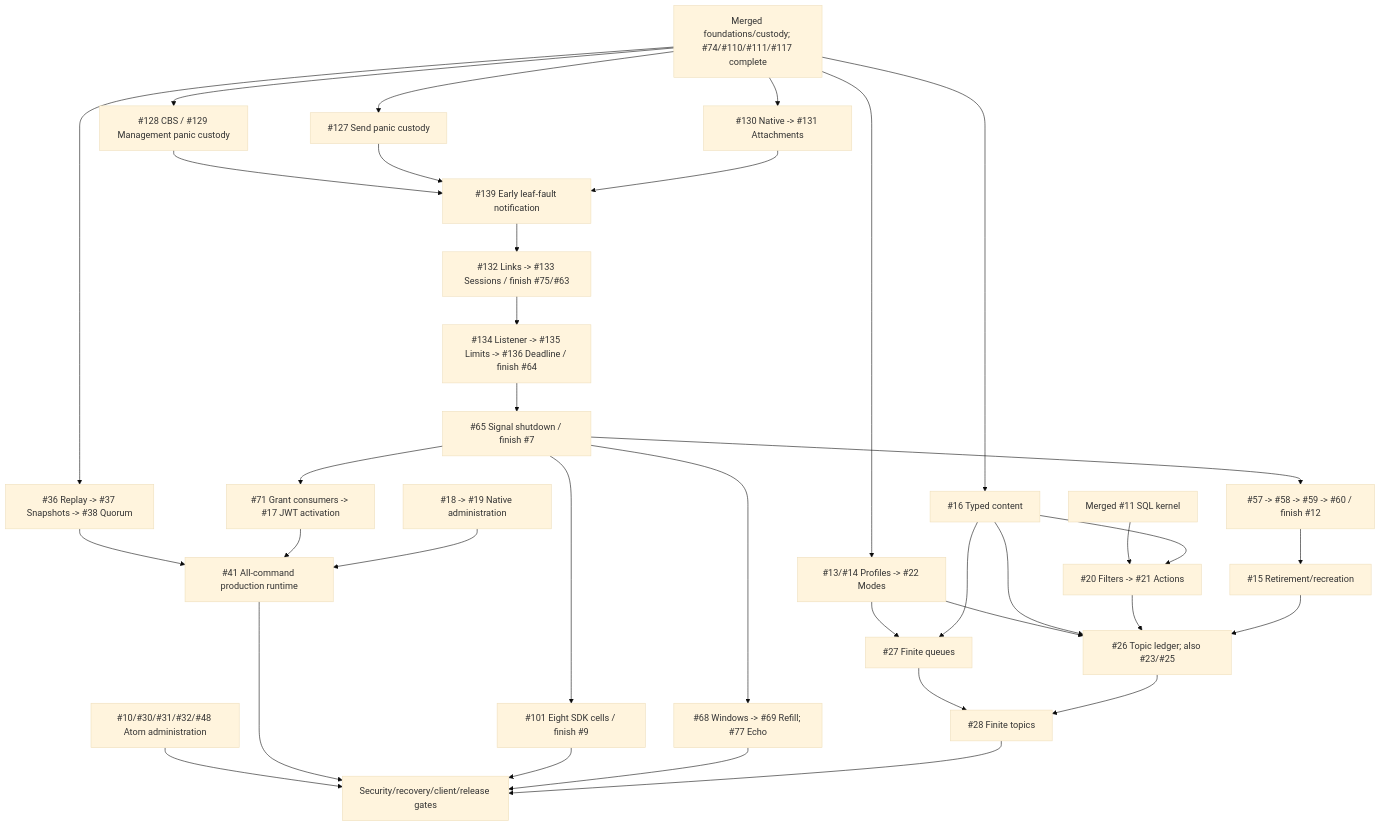
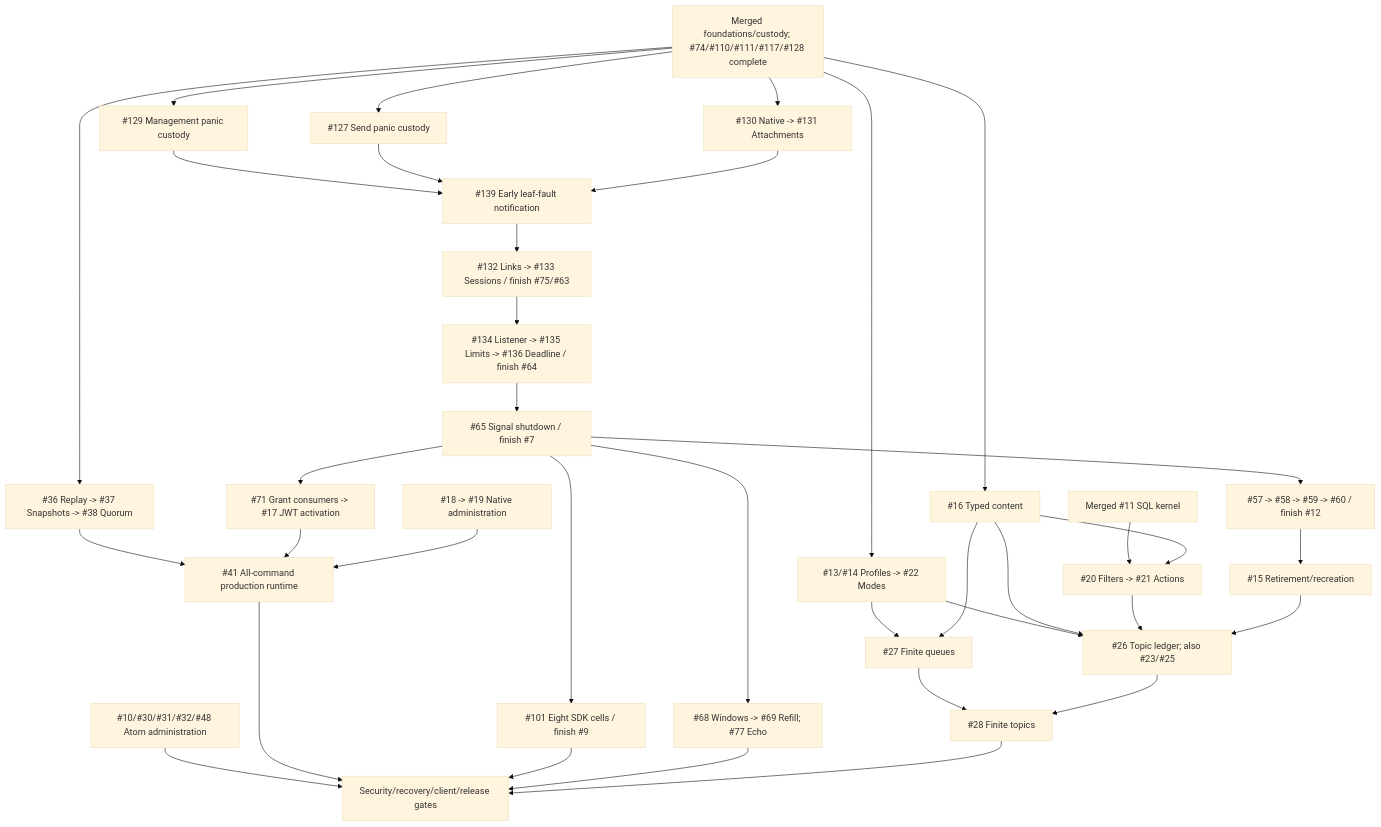
The diagram in docs/roadmap.md (DeandreT/switchyard), drawn with Mermaid (base theme) before and after one commit. The commit also changed other lines of this file and 6 other files, not shown here.

First line of the commit message:
fix(protocol-amqp): retain CBS custody across pump panics

````diff
--- a/docs/roadmap.md
+++ b/docs/roadmap.md
@@ -75,38 +76,38 @@
 ```mermaid
 flowchart TD
-    Main["Merged foundations/custody; #74/#110/#111/#117 complete"] --> Send["#127 Send panic custody"]
-    Main --> Leaves["#128 CBS / #129 Management panic custody"]
+    Main["Merged foundations/custody; #74/#110/#111/#117/#128 complete"] --> Send["#127 Send panic custody"]
+    Main --> Leaves["#129 Management panic custody"]
     Main --> Native["#130 Native -> #131 Attachments"]
     Leaves --> Fault["#139 Early leaf-fault notification"]
     Send --> Fault
     Native --> Fault
     Fault --> Trees["#132 Links -> #133 Sessions / finish #75/#63"]
     Trees --> Admission["#134 Listener -> #135 Limits -> #136 Deadline / finish #64"]
     Admission --> Signals["#65 Signal shutdown / finish #7"]
     Signals --> Authority["#57 -> #58 -> #59 -> #60 / finish #12"]
     Authority --> Delete["#15 Retirement/recreation"]
     Signals --> Grants["#71 Grant consumers -> #17 JWT activation"]
     Signals --> Matrix["#101 Eight SDK cells / finish #9"]
     Signals --> Windows["#68 Windows -> #69 Refill; #77 Echo"]
     Main --> Profiles["#13/#14 Profiles -> #22 Modes"]
     Main --> Content["#16 Typed content"]
     Kernel["Merged #11 SQL kernel"] --> Rules["#20 Filters -> #21 Actions"]
     Content --> Rules
     Profiles --> Queue["#27 Finite queues"]
     Content --> Queue
     Profiles --> Ledger["#26 Topic ledger; also #23/#25"]
     Content --> Ledger
     Rules --> Ledger
     Delete --> Ledger
     Queue --> Topic["#28 Finite topics"]
     Ledger --> Topic
     Main --> Log["#36 Replay -> #37 Snapshots -> #38 Quorum"]
     Log --> Runtime["#41 All-command production runtime"]
     Grants --> Runtime
     Admin["#18 -> #19 Native administration"] --> Runtime
     Atom["#10/#30/#31/#32/#48 Atom administration"] --> Gates
     Runtime --> Gates["Security/recovery/client/release gates"]
     Matrix --> Gates
     Windows --> Gates
     Topic --> Gates
 ```
````
